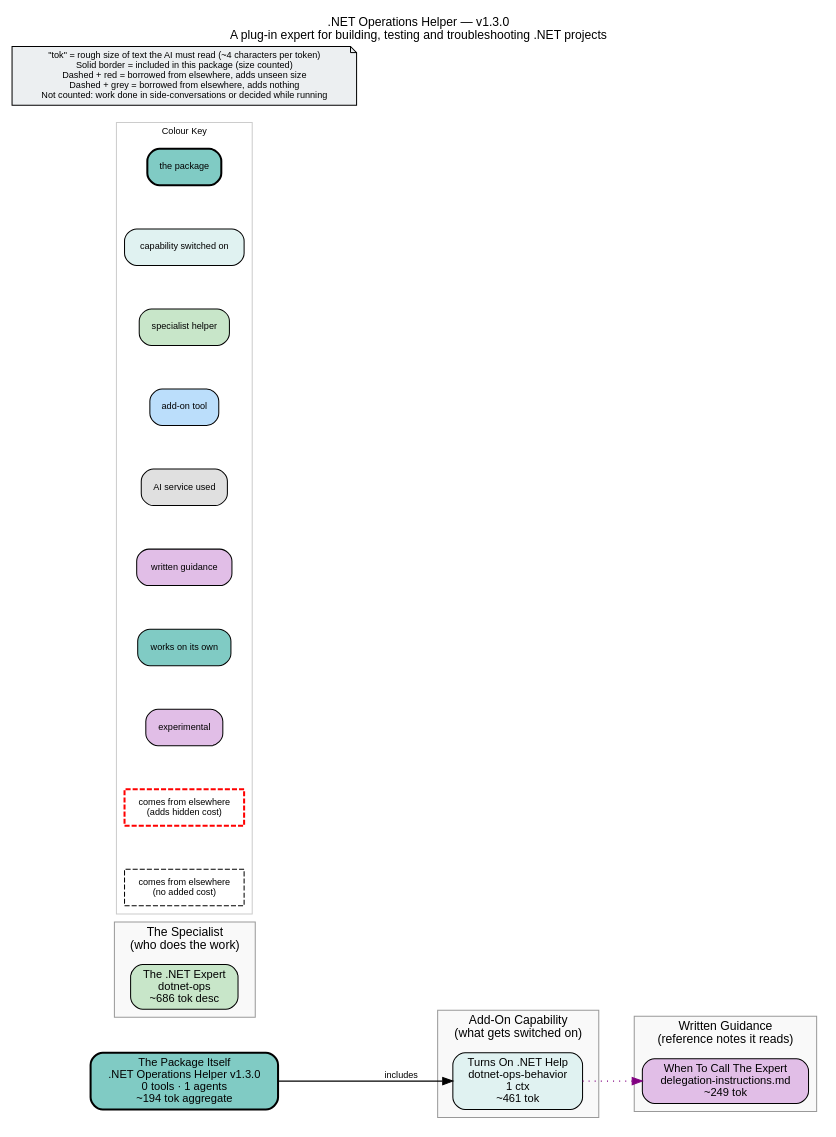
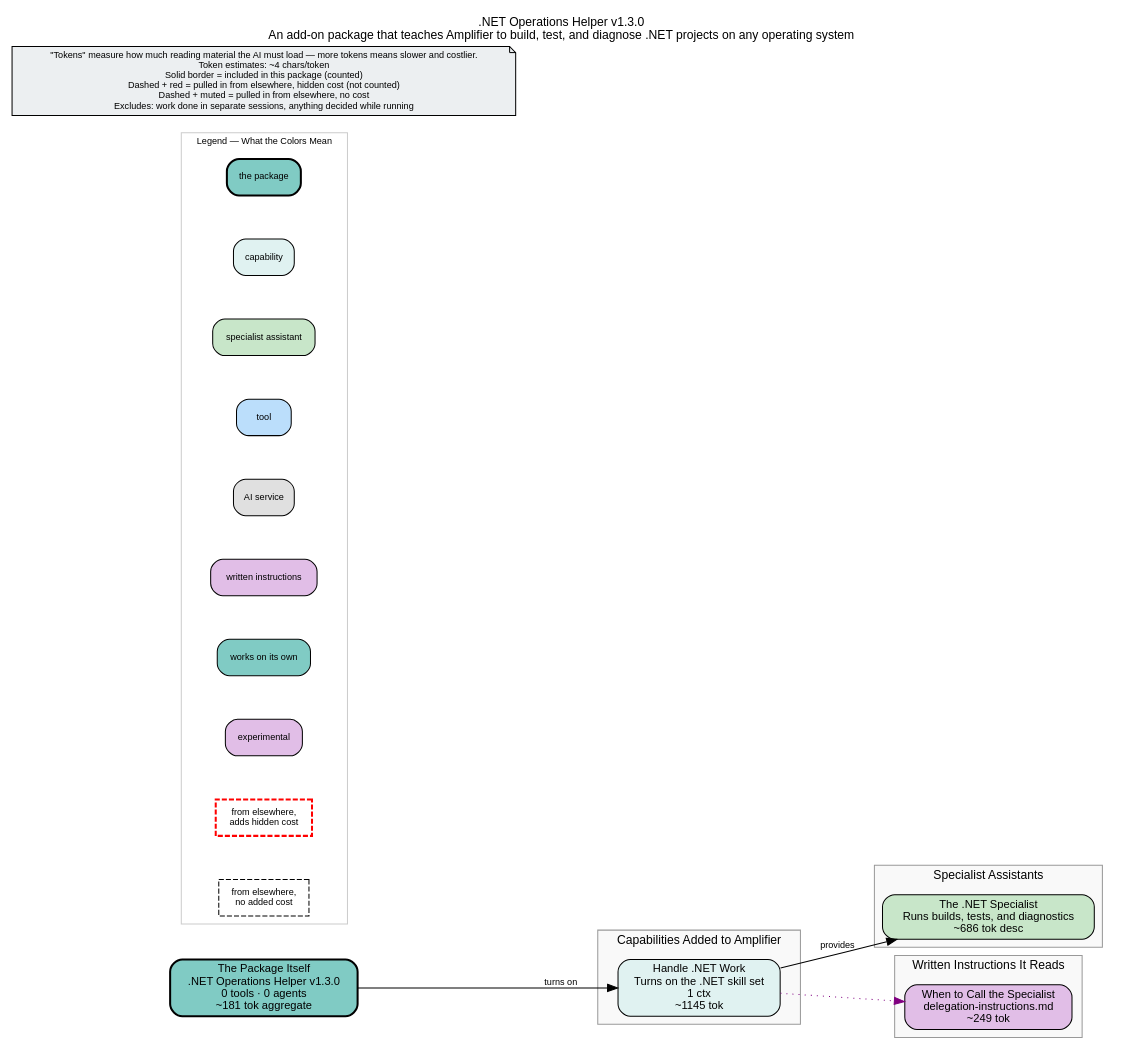
Before and after one commit to colombod/amplifier-bundle-dotnet-ops: the diagram in bundle.dot, drawn with Graphviz. The commit also changed 4 other files, not shown here.

First line of the commit message:
fix: agent never loaded its instructions — correct include form + layered behavior (D-12)

```diff
--- a/bundle.dot
+++ b/bundle.dot
@@ -1,71 +1,71 @@
-// This repository packages a ready-made ".NET helper" assistant: a single expert persona, plus the instructions that tell the main assistant when to hand .NET work over to it.
-
+// This repository packages a ".NET operations" helper for Amplifier: a single specialist assistant that runs .NET build, test, and diagnostic commands correctly on Windows, macOS, and Linux.
 digraph dotnet_ops {
     rankdir=LR
     fontname="Helvetica"
     fontsize=12
-    label=".NET Operations Helper — v1.3.0\nA plug-in expert for building, testing and troubleshooting .NET projects"
+    label=".NET Operations Helper v1.3.0\nAn add-on package that teaches Amplifier to build, test, and diagnose .NET projects on any operating system"
     labelloc=t
     labeljust=c
     nodesep=0.6
     ranksep=0.7
     bgcolor="white"
-    source_hash="007a8be326c6a7d94732809a638c4d4713f1186438f099260949f7967f9ba3ee"
+    source_hash="b393b62b27bcdbef15b68c7211f68be3ac25df161c7fa38a92c2e7300a463ac8"
 
     node [fontname="Helvetica", fontsize=11, style="filled,rounded"]
     edge [fontname="Helvetica", fontsize=9]
 
-    root_dotnet_ops [label="The Package Itself\n.NET Operations Helper v1.3.0\n0 tools · 1 agents\n~194 tok aggregate", shape=box, fillcolor="#80cbc4", style="filled,rounded,bold", penwidth=2]
+    root_dotnet_ops [label="The Package Itself\n.NET Operations Helper v1.3.0\n0 tools · 0 agents\n~181 tok aggregate", shape=box, fillcolor="#80cbc4", style="filled,rounded,bold", penwidth=2]
 
     subgraph cluster_behaviors {
-        label="Add-On Capability\n(what gets switched on)"
+        label="Capabilities Added to Amplifier"
         style="filled"
         fillcolor="#f9f9f9"
         color="#999999"
 
-        beh_dotnet_ops_behavior [label="Turns On .NET Help\ndotnet-ops-behavior\n1 ctx\n~461 tok", shape=box, fillcolor="#e0f2f1", style="filled,rounded"]
+        beh_dotnet_ops_behavior [label="Handle .NET Work\nTurns on the .NET skill set\n1 ctx\n~1145 tok", shape=box, fillcolor="#e0f2f1", style="filled,rounded"]
     }
 
     subgraph cluster_agents {
-        label="The Specialist\n(who does the work)"
+        label="Specialist Assistants"
         style="filled"
         fillcolor="#f9f9f9"
         color="#999999"
 
-        agt_dotnet_ops [label="The .NET Expert\ndotnet-ops\n~686 tok desc", shape=box, fillcolor="#c8e6c9", style="filled,rounded"]
+        agt_dotnet_ops [label="The .NET Specialist\nRuns builds, tests, and diagnostics\n~686 tok desc", shape=box, fillcolor="#c8e6c9", style="filled,rounded"]
     }
 
     subgraph cluster_context {
-        label="Written Guidance\n(reference notes it reads)"
+        label="Written Instructions It Reads"
         style="filled"
         fillcolor="#f9f9f9"
         color="#999999"
 
-        ctx_delegation_instructions_md [label="When To Call The Expert\ndelegation-instructions.md\n~249 tok", shape=box, fillcolor="#e1bee7", style="filled,rounded"]
+        ctx_delegation_instructions_md [label="When to Call the Specialist\ndelegation-instructions.md\n~249 tok", shape=box, fillcolor="#e1bee7", style="filled,rounded"]
     }
 
     subgraph cluster_legend {
-        label="Colour Key"
+        label="Legend — What the Colors Mean"
         style="filled"
         fillcolor="white"
         color="#cccccc"
         fontsize=9
 
         leg_root [label="the package", shape=box, fillcolor="#80cbc4", style="filled,rounded,bold", fontsize=9]
-        leg_behavior [label="capability switched on", shape=box, fillcolor="#e0f2f1", style="filled,rounded", fontsize=9]
-        leg_agent [label="specialist helper", shape=box, fillcolor="#c8e6c9", style="filled,rounded", fontsize=9]
-        leg_module [label="add-on tool", shape=box, fillcolor="#bbdefb", style="filled,rounded", fontsize=9]
-        leg_provider [label="AI service used", shape=box, fillcolor="#e0e0e0", style="filled,rounded", fontsize=9]
-        leg_context [label="written guidance", shape=box, fillcolor="#e1bee7", style="filled,rounded", fontsize=9]
+        leg_behavior [label="capability", shape=box, fillcolor="#e0f2f1", style="filled,rounded", fontsize=9]
+        leg_agent [label="specialist assistant", shape=box, fillcolor="#c8e6c9", style="filled,rounded", fontsize=9]
+        leg_module [label="tool", shape=box, fillcolor="#bbdefb", style="filled,rounded", fontsize=9]
+        leg_provider [label="AI service", shape=box, fillcolor="#e0e0e0", style="filled,rounded", fontsize=9]
+        leg_context [label="written instructions", shape=box, fillcolor="#e1bee7", style="filled,rounded", fontsize=9]
         leg_standalone [label="works on its own", shape=box, fillcolor="#80cbc4", style="filled,rounded", fontsize=9]
         leg_experiment [label="experimental", shape=box, fillcolor="#e1bee7", style="filled,rounded", fontsize=9]
-        leg_ext_cost [label="comes from elsewhere\n(adds hidden cost)", shape=box, fillcolor="#80cbc4", style="dashed", color="red", penwidth=2, fontsize=9]
-        leg_ext_muted [label="comes from elsewhere\n(no added cost)", shape=box, fillcolor="#f5f5f5", style="dashed", fontsize=9]
+        leg_ext_cost [label="from elsewhere,\nadds hidden cost", shape=box, fillcolor="#80cbc4", style="dashed", color="red", penwidth=2, fontsize=9]
+        leg_ext_muted [label="from elsewhere,\nno added cost", shape=box, fillcolor="#f5f5f5", style="dashed", fontsize=9]
     }
 
-    disclaimer [label="\"tok\" = rough size of text the AI must read (~4 characters per token)\nSolid border = included in this package (size counted)\nDashed + red = borrowed from elsewhere, adds unseen size\nDashed + grey = borrowed from elsewhere, adds nothing\nNot counted: work done in side-conversations or decided while running", shape=note, fillcolor="#eceff1", style="filled", fontsize=9]
+    disclaimer [label="\"Tokens\" measure how much reading material the AI must load — more tokens means slower and costlier.\nToken estimates: ~4 chars/token\nSolid border = included in this package (counted)\nDashed + red = pulled in from elsewhere, hidden cost (not counted)\nDashed + muted = pulled in from elsewhere, no cost\nExcludes: work done in separate sessions, anything decided while running", shape=note, fillcolor="#eceff1", style="filled", fontsize=9]
 
 
-    root_dotnet_ops -> beh_dotnet_ops_behavior [label="includes"]
+    root_dotnet_ops -> beh_dotnet_ops_behavior [label="turns on"]
+    beh_dotnet_ops_behavior -> agt_dotnet_ops [label="provides"]
     beh_dotnet_ops_behavior -> ctx_delegation_instructions_md [style=dotted, color=purple]
 }
```
